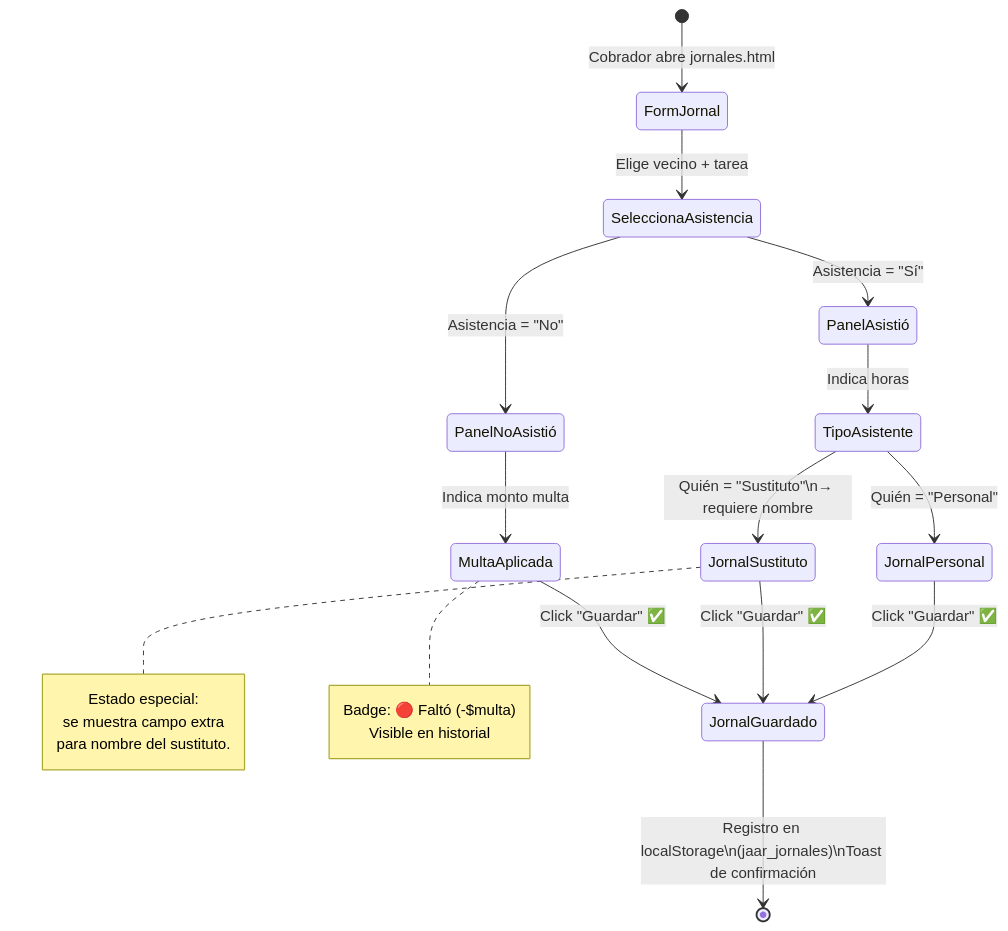
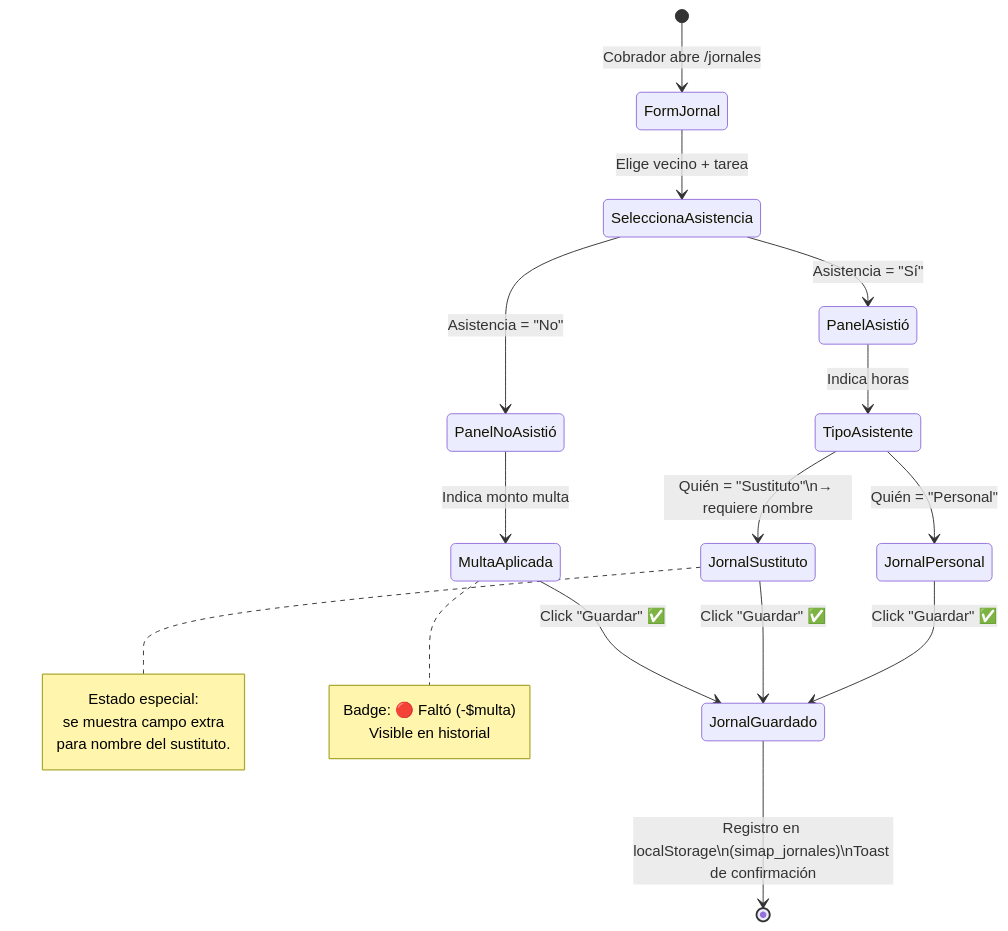
One commit to AdriP-maker/JAAR_Antigravity changed the sixth of 10 diagrams in docs/diagrama_estados.md. Above: the diagram before and after it, drawn with Mermaid. The commit also changed other lines of this file and 70 other files, not shown here.

````diff
--- a/docs/diagrama_estados.md
+++ b/docs/diagrama_estados.md
@@ -158,32 +158,32 @@
 ```mermaid
 stateDiagram-v2
     direction TB
-    [*] --> FormJornal : Cobrador abre jornales.html
+    [*] --> FormJornal : Cobrador abre /jornales
 
     FormJornal --> SeleccionaAsistencia : Elige vecino + tarea
 
     SeleccionaAsistencia --> PanelAsistió : Asistencia = "Sí"
     SeleccionaAsistencia --> PanelNoAsistió : Asistencia = "No"
 
     PanelAsistió --> TipoAsistente : Indica horas
     TipoAsistente --> JornalPersonal    : Quién = "Personal"
     TipoAsistente --> JornalSustituto   : Quién = "Sustituto"\n→ requiere nombre
 
     JornalPersonal  --> JornalGuardado : Click "Guardar" ✅
     JornalSustituto --> JornalGuardado : Click "Guardar" ✅
 
     PanelNoAsistió --> MultaAplicada : Indica monto multa
     MultaAplicada  --> JornalGuardado : Click "Guardar" ✅
 
-    JornalGuardado --> [*] : Registro en localStorage\n(jaar_jornales)\nToast de confirmación
+    JornalGuardado --> [*] : Registro en localStorage\n(simap_jornales)\nToast de confirmación
 
     note right of JornalSustituto
         Estado especial:
         se muestra campo extra
         para nombre del sustituto.
     end note
     note right of MultaAplicada
         Badge: 🔴 Faltó (-$multa)
         Visible en historial
     end note
 ```
````
